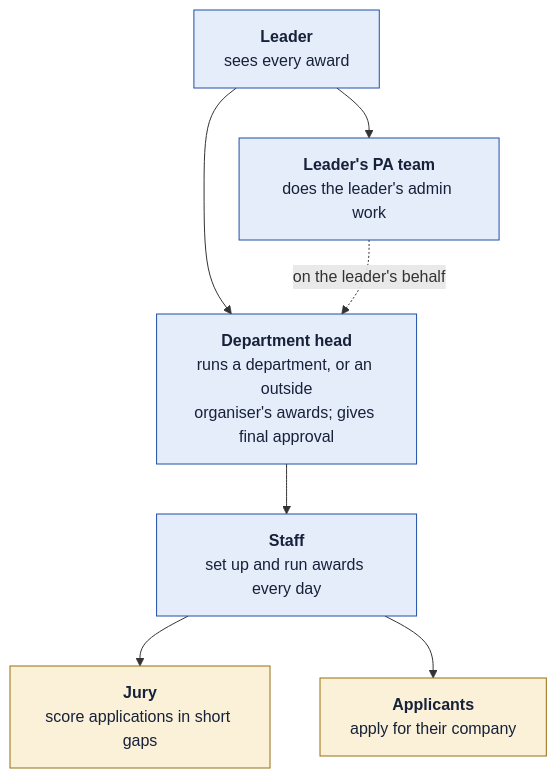
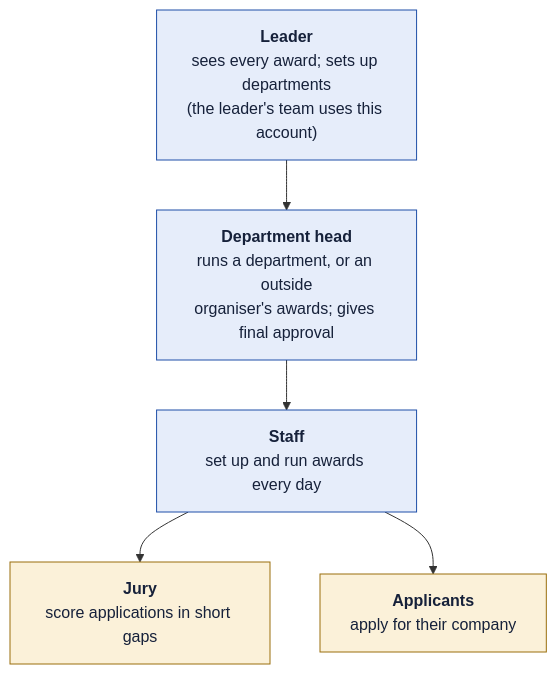
Before and after one commit to sumitdwivedi01/EigthyAwards: the second of 5 diagrams in docs/overview/README.md, drawn with Mermaid. The commit also changed other lines of this file and 24 other files, not shown here.

First line of the commit message:
docs: phase 0.8 - remove the PA role; the leader's team uses the leader's account

````diff
--- a/docs/overview/README.md
+++ b/docs/overview/README.md
@@ -80,13 +80,12 @@
 ```mermaid
 flowchart TD
-    L["<b>Leader</b><br/>sees every award"] --> PA["<b>Leader's PA team</b><br/>does the leader's admin work"]
-    L --> DH["<b>Department head</b><br/>runs a department, or an outside<br/>organiser's awards; gives final approval"]
-    PA -.->|on the leader's behalf| DH
+    L["<b>Leader</b><br/>sees every award; sets up departments<br/>(the leader's team uses this account)"] --> DH
+    DH["<b>Department head</b><br/>runs a department, or an outside<br/>organiser's awards; gives final approval"]
     DH --> S["<b>Staff</b><br/>set up and run awards every day"]
     S --> J["<b>Jury</b><br/>score applications in short gaps"]
     S --> AP["<b>Applicants</b><br/>apply for their company"]
     classDef lead fill:#E6EDFA,stroke:#1F4FA8,color:#16213A
     classDef ext fill:#FBF1D9,stroke:#9A6E0C,color:#16213A
-    class L,PA,DH,S lead
+    class L,DH,S lead
     class J,AP ext
 ```
````
